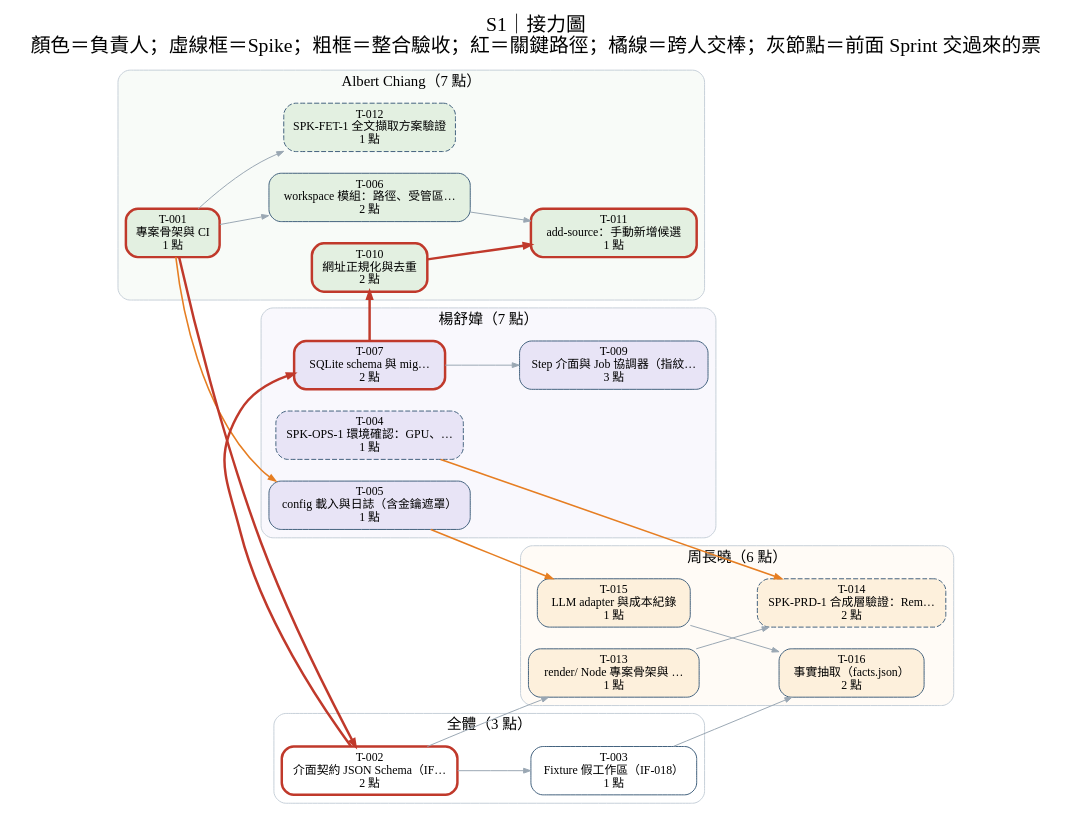
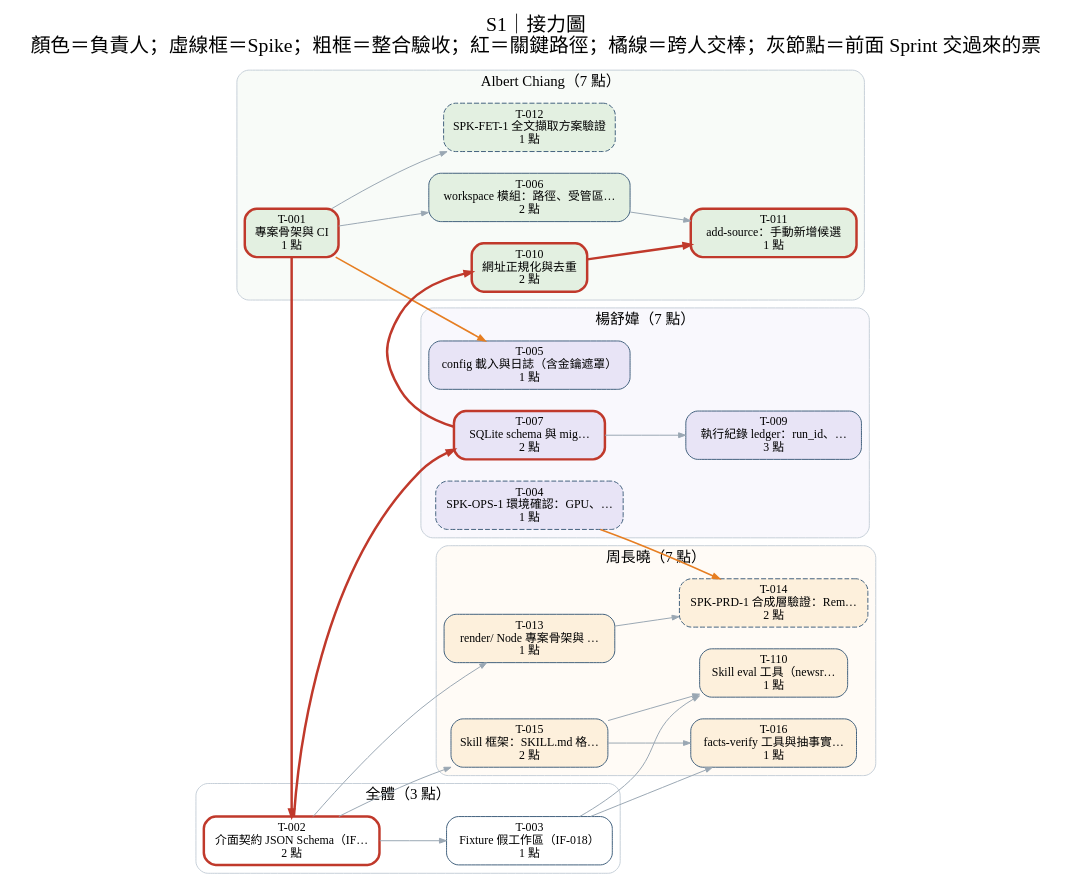
The diagram in docs/diagrams/dag-S1.dot (Zenobia000/AI_Media_Studio_content_pipe), drawn with Graphviz before and after one commit. The commit also changed 81 other files, not shown here.

First line of the commit message:
docs: switch orchestration to skills + agent and redraw diagrams (#5)

```diff
--- a/docs/diagrams/dag-S1.dot
+++ b/docs/diagrams/dag-S1.dot
@@ -1,75 +1,80 @@
 digraph S {
 graph [rankdir=LR, bgcolor="white", fontname="Microsoft JhengHei", fontsize=20, labelloc=t, nodesep=0.3, ranksep=0.7, label="S1｜接力圖
 顏色＝負責人；虛線框＝Spike；粗框＝整合驗收；紅＝關鍵路徑；橘線＝跨人交棒；灰節點＝前面 Sprint 交過來的票"];
 node [shape=box, style="rounded,filled", fontname="Microsoft JhengHei", fontsize=12, color="#42617d", margin="0.14,0.07"];
 edge [color="#9aa7b3", arrowsize=0.7];
 subgraph "cluster_Albert Chiang" { label="Albert Chiang（7 點）"; style="rounded,filled"; fillcolor="#e3f0e140"; color="#c7d0d9"; fontsize=15;
 "T-001" [label="T-001
 專案骨架與 CI
 1 點", fillcolor="#e3f0e1", style="rounded,filled", penwidth=2.5, color="#c0392b"];
 "T-006" [label="T-006
 workspace 模組：路徑、受管區…
 2 點", fillcolor="#e3f0e1", style="rounded,filled"];
 "T-010" [label="T-010
 網址正規化與去重
 2 點", fillcolor="#e3f0e1", style="rounded,filled", penwidth=2.5, color="#c0392b"];
 "T-011" [label="T-011
 add-source：手動新增候選
 1 點", fillcolor="#e3f0e1", style="rounded,filled", penwidth=2.5, color="#c0392b"];
 "T-012" [label="T-012
 SPK-FET-1 全文擷取方案驗證
 1 點", fillcolor="#e3f0e1", style="rounded,filled,dashed"];
 }
-subgraph "cluster_周長曉" { label="周長曉（6 點）"; style="rounded,filled"; fillcolor="#fdf0dc40"; color="#c7d0d9"; fontsize=15;
+subgraph "cluster_周長曉" { label="周長曉（7 點）"; style="rounded,filled"; fillcolor="#fdf0dc40"; color="#c7d0d9"; fontsize=15;
 "T-013" [label="T-013
 render/ Node 專案骨架與 …
 1 點", fillcolor="#fdf0dc", style="rounded,filled"];
 "T-014" [label="T-014
 SPK-PRD-1 合成層驗證：Rem…
 2 點", fillcolor="#fdf0dc", style="rounded,filled,dashed"];
 "T-015" [label="T-015
-LLM adapter 與成本紀錄
+Skill 框架：SKILL.md 格…
+2 點", fillcolor="#fdf0dc", style="rounded,filled"];
+"T-016" [label="T-016
+facts-verify 工具與抽事實…
 1 點", fillcolor="#fdf0dc", style="rounded,filled"];
-"T-016" [label="T-016
-事實抽取（facts.json）
-2 點", fillcolor="#fdf0dc", style="rounded,filled"];
+"T-110" [label="T-110
+Skill eval 工具（newsr…
+1 點", fillcolor="#fdf0dc", style="rounded,filled"];
 }
 subgraph "cluster_楊舒媁" { label="楊舒媁（7 點）"; style="rounded,filled"; fillcolor="#e8e4f640"; color="#c7d0d9"; fontsize=15;
 "T-004" [label="T-004
 SPK-OPS-1 環境確認：GPU、…
 1 點", fillcolor="#e8e4f6", style="rounded,filled,dashed"];
 "T-005" [label="T-005
 config 載入與日誌（含金鑰遮罩）
 1 點", fillcolor="#e8e4f6", style="rounded,filled"];
 "T-007" [label="T-007
 SQLite schema 與 mig…
 2 點", fillcolor="#e8e4f6", style="rounded,filled", penwidth=2.5, color="#c0392b"];
 "T-009" [label="T-009
-Step 介面與 Job 協調器（指紋…
+執行紀錄 ledger：run_id、…
 3 點", fillcolor="#e8e4f6", style="rounded,filled"];
 }
 subgraph "cluster_全體" { label="全體（3 點）"; style="rounded,filled"; fillcolor="#ffffff40"; color="#c7d0d9"; fontsize=15;
 "T-002" [label="T-002
 介面契約 JSON Schema（IF…
 2 點", fillcolor="#ffffff", style="rounded,filled", penwidth=2.5, color="#c0392b"];
 "T-003" [label="T-003
 Fixture 假工作區（IF-018）
 1 點", fillcolor="#ffffff", style="rounded,filled"];
 }
 "T-001" -> "T-002" [color="#c0392b", penwidth=2.5];
 "T-002" -> "T-003";
 "T-001" -> "T-005" [color="#e67e22", penwidth=1.6];
 "T-001" -> "T-006";
 "T-002" -> "T-007" [color="#c0392b", penwidth=2.5];
 "T-007" -> "T-009";
 "T-007" -> "T-010" [color="#c0392b", penwidth=2.5];
 "T-010" -> "T-011" [color="#c0392b", penwidth=2.5];
 "T-006" -> "T-011";
 "T-001" -> "T-012";
 "T-002" -> "T-013";
 "T-004" -> "T-014" [color="#e67e22", penwidth=1.6];
 "T-013" -> "T-014";
-"T-005" -> "T-015" [color="#e67e22", penwidth=1.6];
+"T-002" -> "T-015";
 "T-015" -> "T-016";
 "T-003" -> "T-016";
+"T-015" -> "T-110";
+"T-003" -> "T-110";
 }
```
